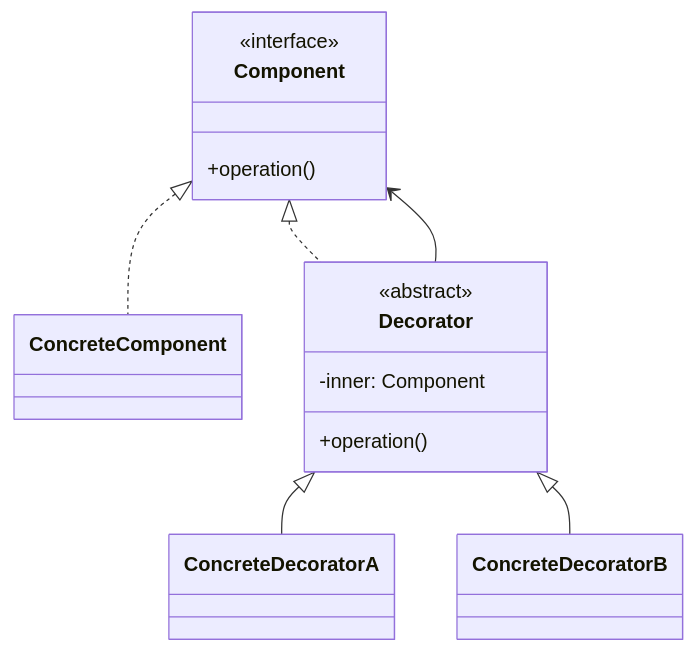
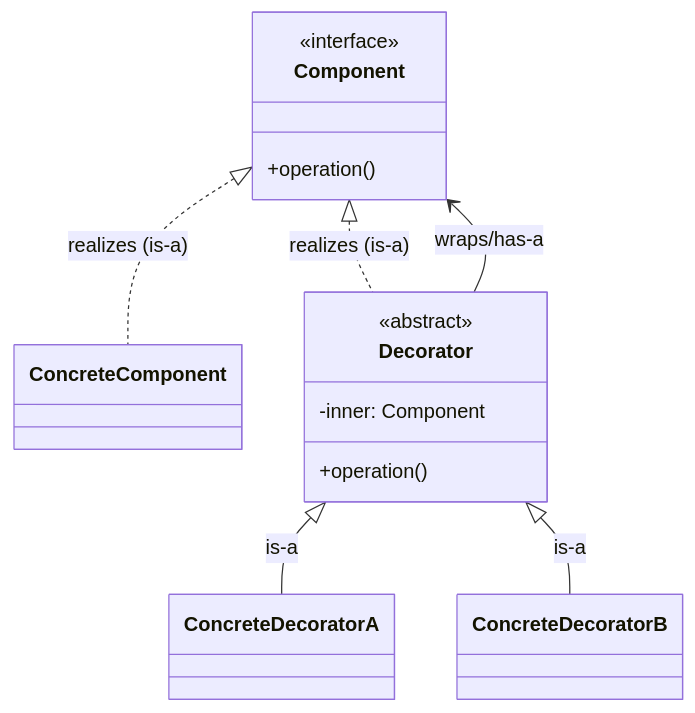
The ninth of 18 diagrams in exam-prep/exam1-study-guide.md (jeff-adkisson/swe-4743-spring-2026-oo-design), drawn with Mermaid before and after one commit. The commit also changed other lines of this file, not shown here.

````diff
--- a/exam-prep/exam1-study-guide.md
+++ b/exam-prep/exam1-study-guide.md
@@ -392,26 +395,26 @@
 ```mermaid
 classDiagram
 direction TB
 
 class Component {
   +operation()
 }
 <<interface>> Component
 
 class ConcreteComponent
 
 class Decorator {
   -inner: Component
   +operation()
 }
 <<abstract>> Decorator
 
 class ConcreteDecoratorA
 class ConcreteDecoratorB
 
-Component <|.. ConcreteComponent
-Component <|.. Decorator
-Decorator --> Component
-Decorator <|-- ConcreteDecoratorA
-Decorator <|-- ConcreteDecoratorB
+Component <|.. ConcreteComponent : realizes (is-a)
+Component <|.. Decorator : realizes (is-a)
+Decorator --> Component : wraps/has-a
+Decorator <|-- ConcreteDecoratorA : is-a
+Decorator <|-- ConcreteDecoratorB : is-a
 ```
````
